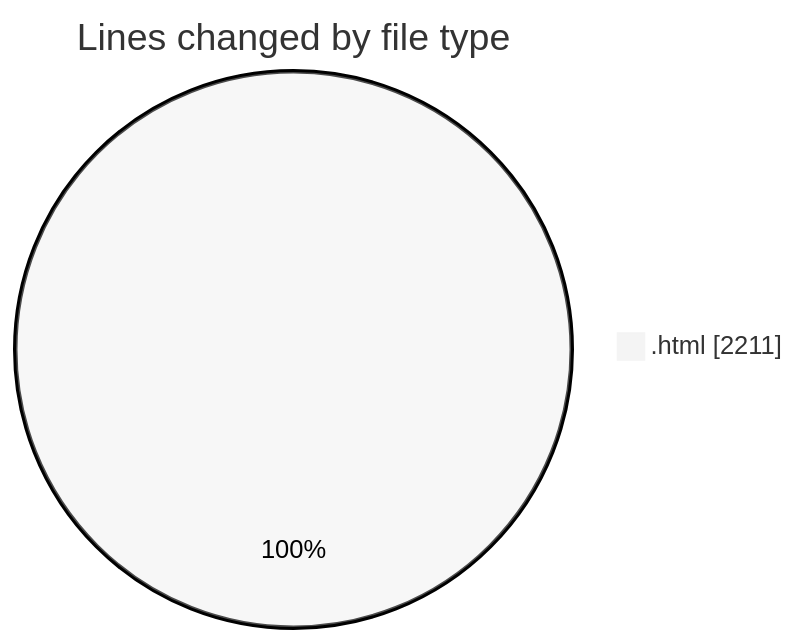
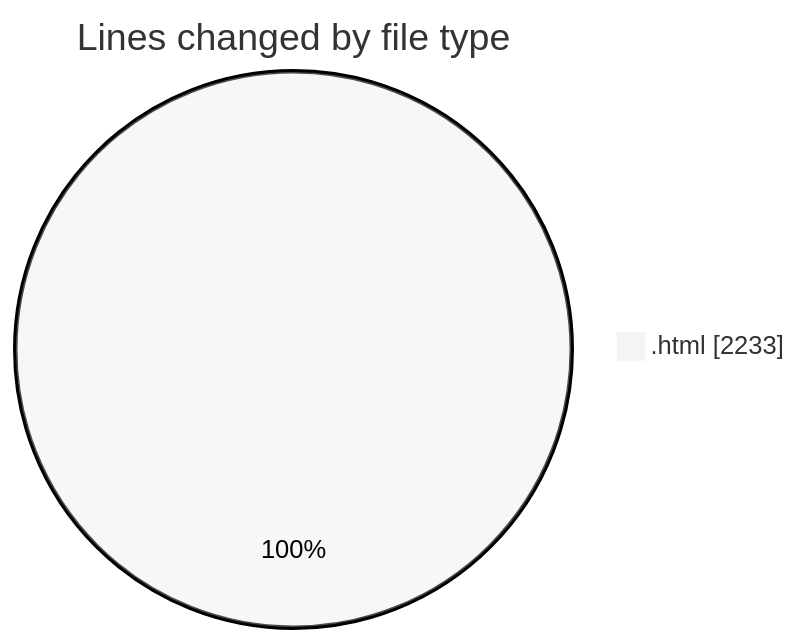
Before and after one commit to Ritupan-Deka/code-tracking: the first of 2 diagrams in 2025-06-17/projects/README.md, drawn with Mermaid (neutral theme). The commit also changed other lines of this file and 1 other file, not shown here.

````diff
--- a/2025-06-17/projects/README.md
+++ b/2025-06-17/projects/README.md
@@ -21,5 +21,5 @@
 ```mermaid
 pie showData
 title Lines changed by file type
-".html" : 2211
+".html" : 2233
 ```
````
